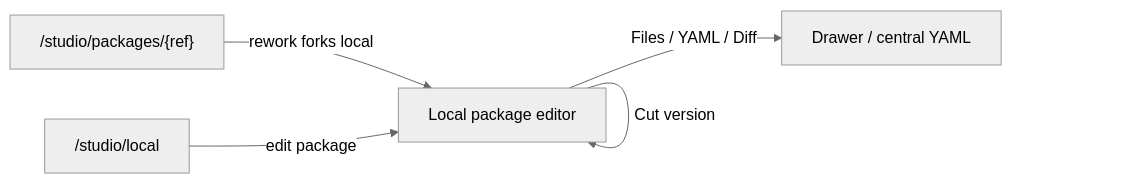
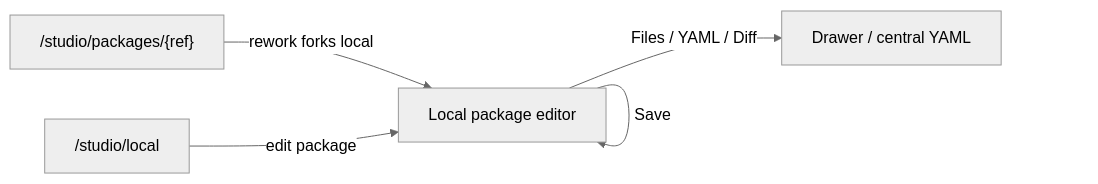
One commit to maister-dev/maister changed the first of 2 diagrams in docs/screens/studio/editor.md. Above: the diagram before and after it, drawn with Mermaid (neutral theme). The commit also changed other lines of this file and 34 other files, not shown here.

````diff
--- a/docs/screens/studio/editor.md
+++ b/docs/screens/studio/editor.md
@@ -59,8 +63,7 @@
 ```mermaid
 flowchart LR
     Detail["/studio/packages/{ref}"] -->|rework forks local| Editor["Local package editor"]
     Local["/studio/local"] -->|edit package| Editor
     Editor -->|Save| Editor
-    Editor -->|Cut version| Editor
     Editor -->|Files / YAML / Diff| Drawer["Drawer / central YAML"]
 ```
````
